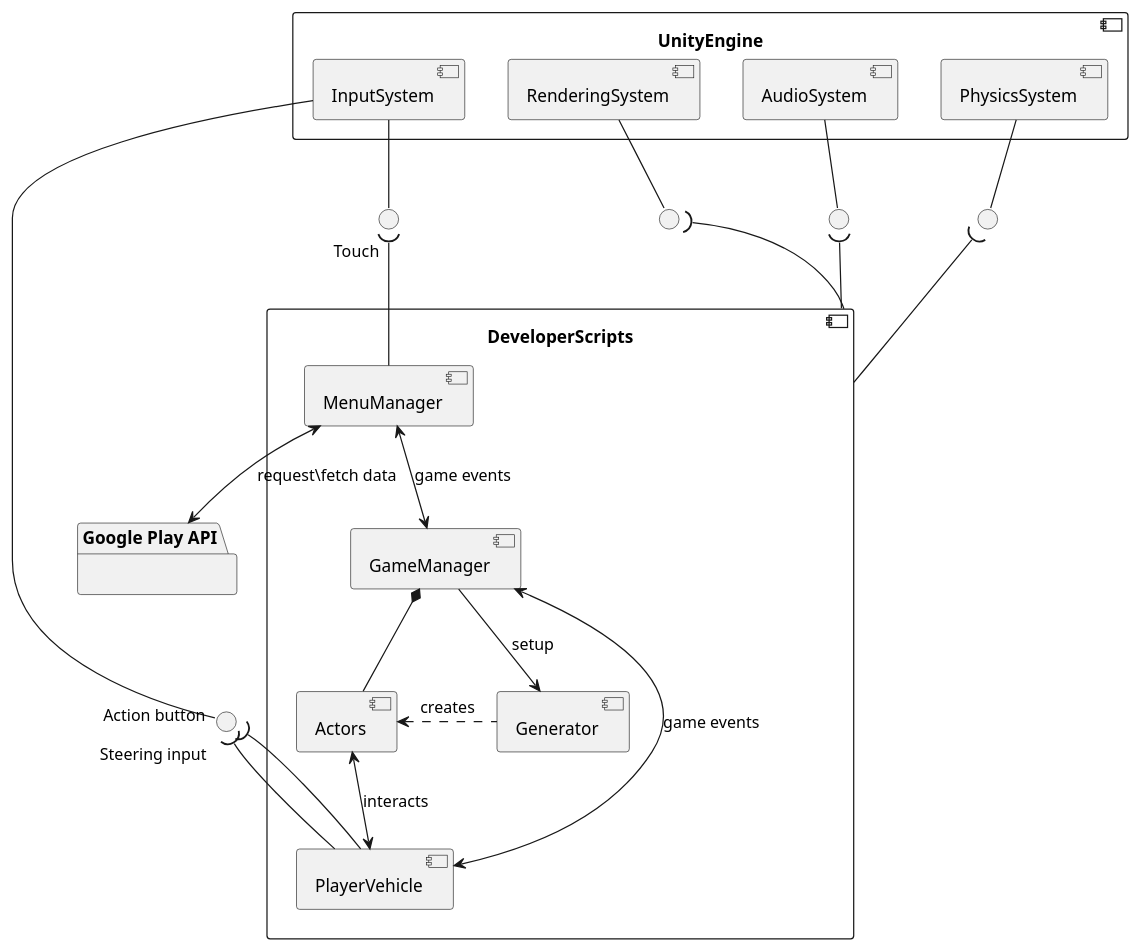
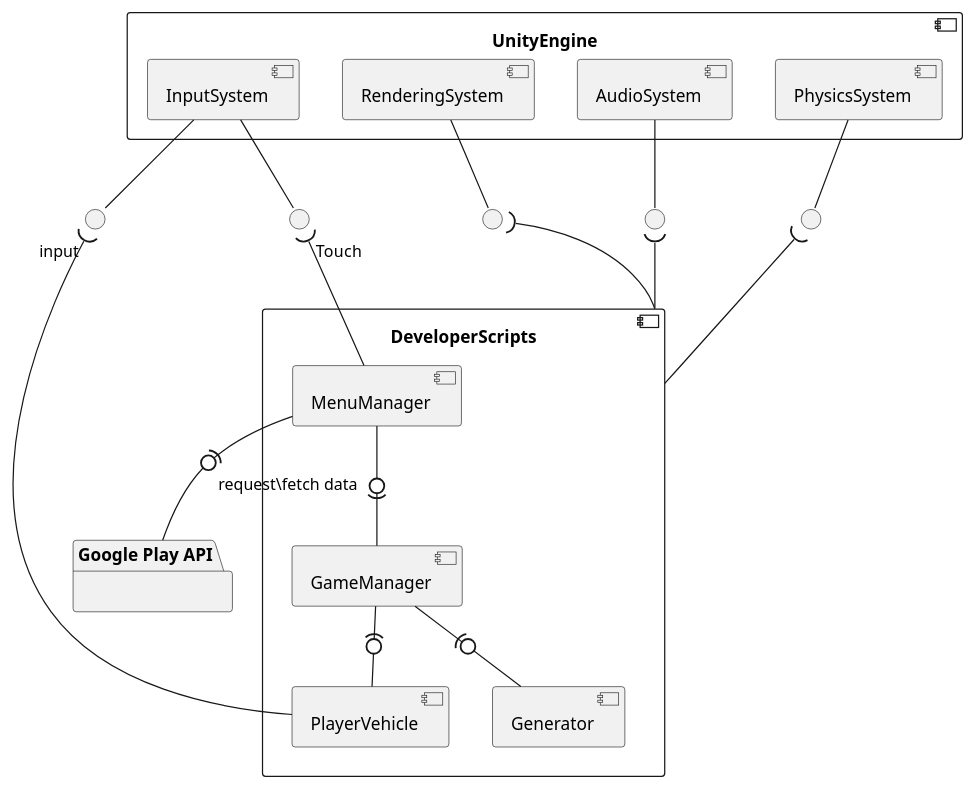
Before and after one commit to CKTA00/Robbery_Rush_UML: the diagram in UML/component_diagram.puml, drawn with PlantUML. The commit also changed 1 other file, not shown here.

```diff
--- a/UML/component_diagram.puml
+++ b/UML/component_diagram.puml
@@ -1,80 +1,76 @@
 @startuml
 
 
 component DeveloperScripts{
     component GameManager{
 
     }
 
     component Generator{
 
     }
 
     component MenuManager {
 
     }
 
     component PlayerVehicle{
 
     }
 
-    component Actors{
-
-    }
 }
 
 component UnityEngine{
     component InputSystem {
 
     }
 
     component RenderingSystem{
 
     }
 
     component AudioSystem{
 
     }
 
     component PhysicsSystem{
 
     }
 }
 
 
 () VehicleInput as " "
 () MenuInput as " "
 () Rendering as " "
 () Physics as " "
 () Audio as " "
 
 
 InputSystem -- VehicleInput
 InputSystem -- MenuInput
 
-VehicleInput "Steering input")-- PlayerVehicle
-VehicleInput "Action button")-- PlayerVehicle
+VehicleInput "input")-- PlayerVehicle
 MenuInput "Touch")-- MenuManager
 
-MenuManager <--> "Google Play API": request\fetch data
+MenuManager -(0- "Google Play API": request\fetch data
 package "Google Play API"{
 
 }
 
 Rendering )-down- DeveloperScripts
 Physics )-down- DeveloperScripts
 Audio )-down- DeveloperScripts
 
-MenuManager <--> GameManager: game events
-GameManager --> Generator: setup
-GameManager <--> PlayerVehicle: game events
-GameManager *-- Actors
-Generator ..l> Actors: creates
+MenuManager -0)- GameManager
+GameManager -(0- Generator
+GameManager -(0- PlayerVehicle
 
-Actors <--> PlayerVehicle: interacts
 
 RenderingSystem -- Rendering
 AudioSystem -- Audio
 PhysicsSystem -- Physics
 
+
+
+
 @enduml
```
